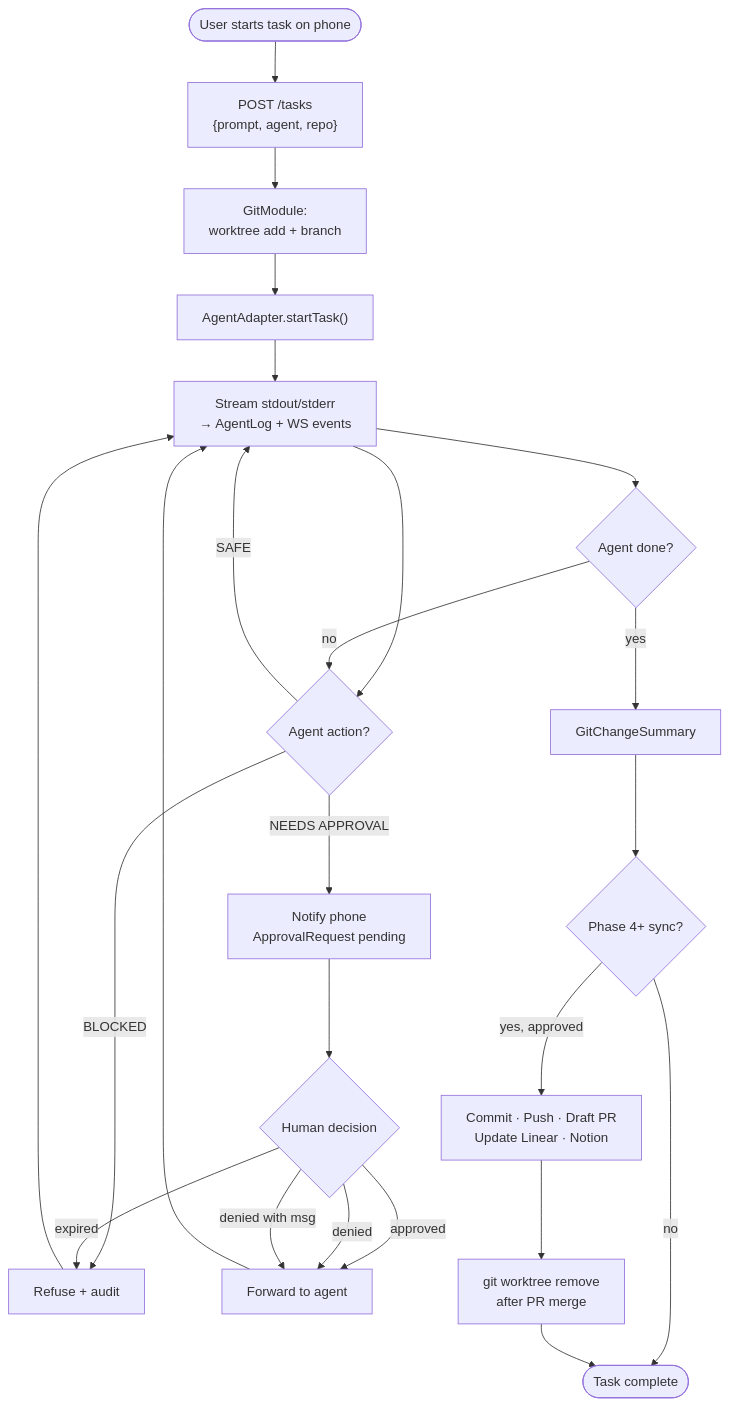
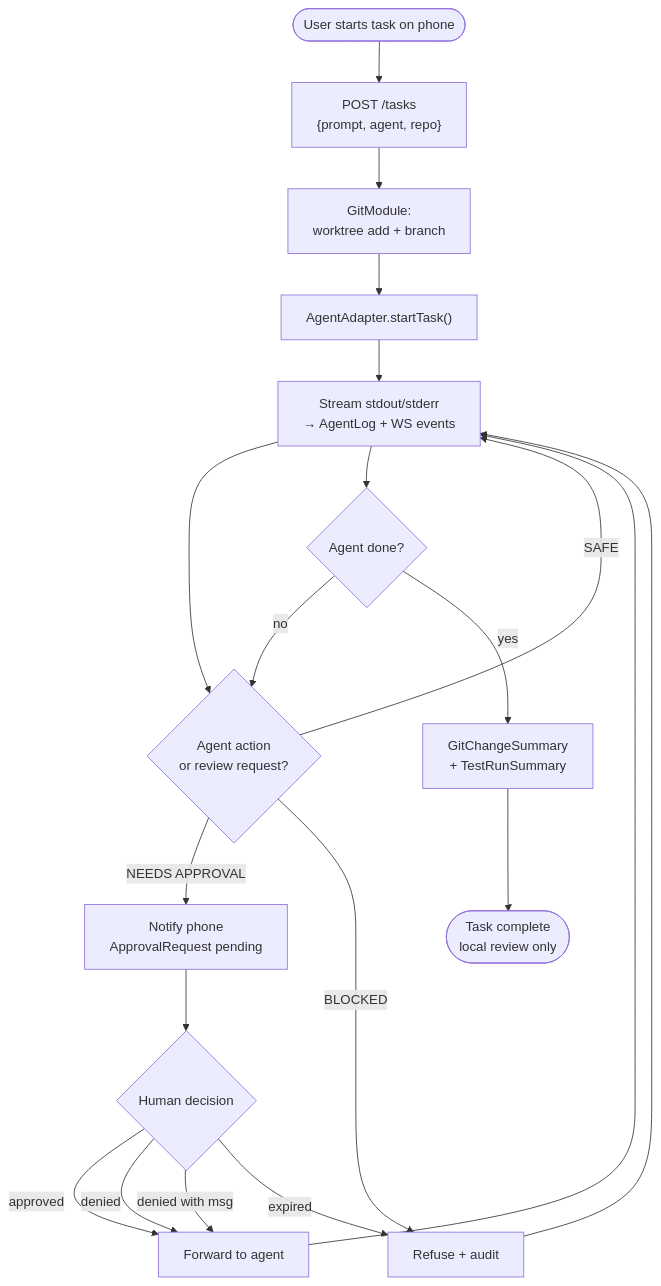
Before and after one commit to mjshuff23/agents-with-remote-control-mobile-controller: the second of 7 diagrams in docs/diagrams.md, drawn with Mermaid. The commit also changed other lines of this file and 62 other files, not shown here.

````diff
--- a/docs/diagrams.md
+++ b/docs/diagrams.md
@@ -80,26 +83,22 @@
 ```mermaid
 flowchart TD
   Start(["User starts task on phone"]) --> Create["POST /tasks<br/>{prompt, agent, repo}"]
   Create --> Worktree["GitModule:<br/>worktree add + branch"]
   Worktree --> Launch["AgentAdapter.startTask()"]
   Launch --> Stream["Stream stdout/stderr<br/>→ AgentLog + WS events"]
-  Stream --> Decision{"Agent action?"}
+  Stream --> Decision{"Agent action<br/>or review request?"}
   Decision -->|"SAFE"| Stream
   Decision -->|"NEEDS APPROVAL"| Prompt["Notify phone<br/>ApprovalRequest pending"]
   Decision -->|"BLOCKED"| Refuse["Refuse + audit"]
   Refuse --> Stream
   Prompt --> Decide{"Human decision"}
   Decide -->|"approved"| Forward["Forward to agent"]
   Decide -->|"denied"| Forward
   Decide -->|"denied with msg"| Forward
   Decide -->|"expired"| Refuse
   Forward --> Stream
   Stream --> Done{"Agent done?"}
   Done -->|"no"| Decision
-  Done -->|"yes"| Summary["GitChangeSummary"]
-  Summary --> SyncQ{"Phase 4+ sync?"}
-  SyncQ -->|"no"| End(["Task complete"])
-  SyncQ -->|"yes, approved"| Push["Commit · Push · Draft PR<br/>Update Linear · Notion"]
-  Push --> Cleanup["git worktree remove<br/>after PR merge"]
-  Cleanup --> End
+  Done -->|"yes"| Summary["GitChangeSummary<br/>+ TestRunSummary"]
+  Summary --> End(["Task complete<br/>local review only"])
 ```
````
